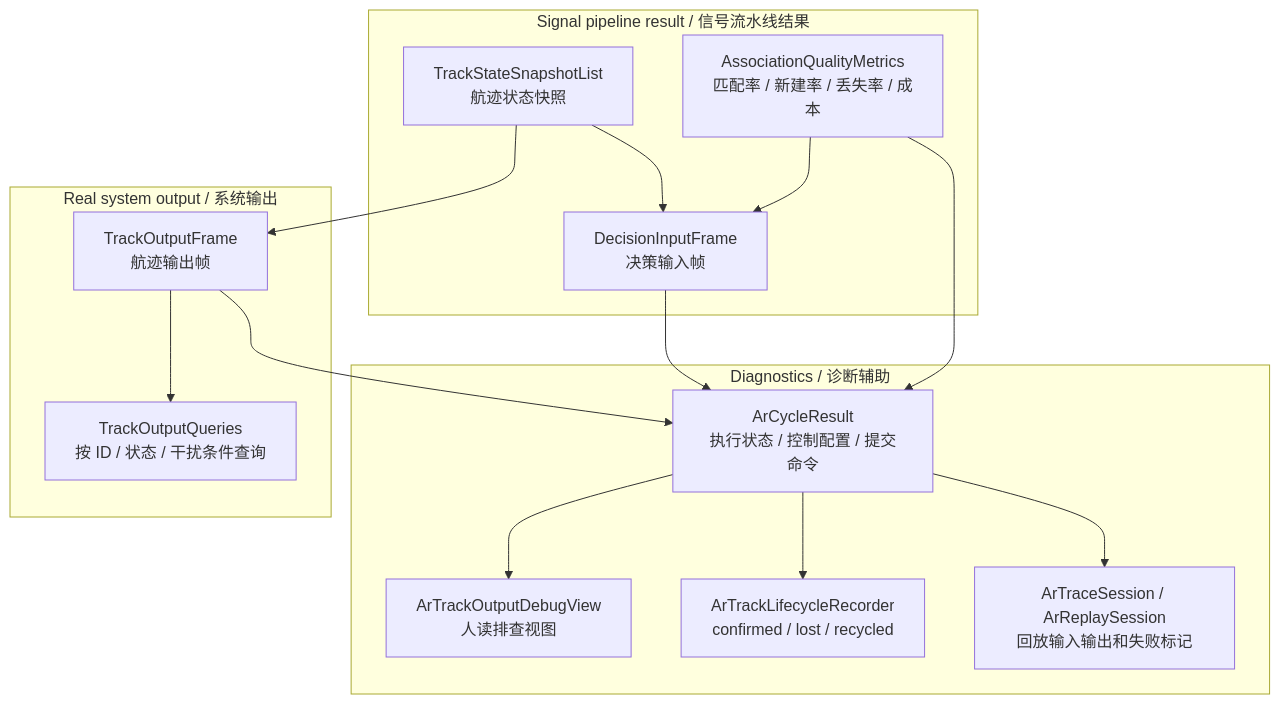
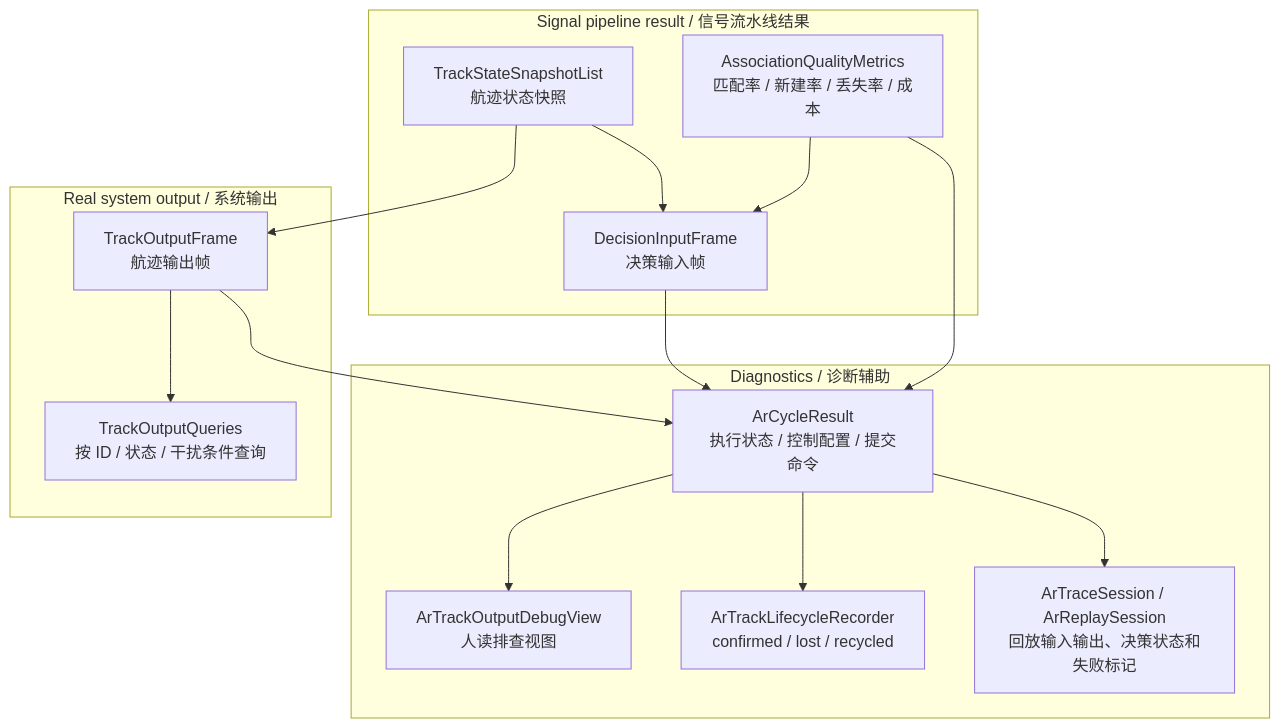
Before and after one commit to boilwater-3/1q: the fourth of 4 diagrams in docs/airborne_radar/design.md, drawn with Mermaid. The commit also changed other lines of this file and 32 other files, not shown here.

````diff
--- a/docs/airborne_radar/design.md
+++ b/docs/airborne_radar/design.md
@@ -268,31 +281,31 @@
 ```mermaid
 flowchart TB
   subgraph Pipeline["Signal pipeline result / 信号流水线结果"]
     Tracks["TrackStateSnapshotList\n航迹状态快照"]
     Metrics["AssociationQualityMetrics\n匹配率 / 新建率 / 丢失率 / 成本"]
     DecisionFrame["DecisionInputFrame\n决策输入帧"]
   end
 
   subgraph RealOutput["Real system output / 系统输出"]
     Frame["TrackOutputFrame\n航迹输出帧"]
     Queries["TrackOutputQueries\n按 ID / 状态 / 干扰条件查询"]
   end
 
   subgraph Diagnostics["Diagnostics / 诊断辅助"]
     Result["ArCycleResult\n执行状态 / 控制配置 / 提交命令"]
     Debug["ArTrackOutputDebugView\n人读排查视图"]
     Lifecycle["ArTrackLifecycleRecorder\nconfirmed / lost / recycled"]
-    Replay["ArTraceSession / ArReplaySession\n回放输入输出和失败标记"]
+    Replay["ArTraceSession / ArReplaySession\n回放输入输出、决策状态和失败标记"]
   end
 
   Tracks --> Frame
   Frame --> Queries
   Tracks --> DecisionFrame
   Metrics --> DecisionFrame
   Metrics --> Result
   Frame --> Result
   DecisionFrame --> Result
   Result --> Debug
   Result --> Lifecycle
   Result --> Replay
 ```
````
